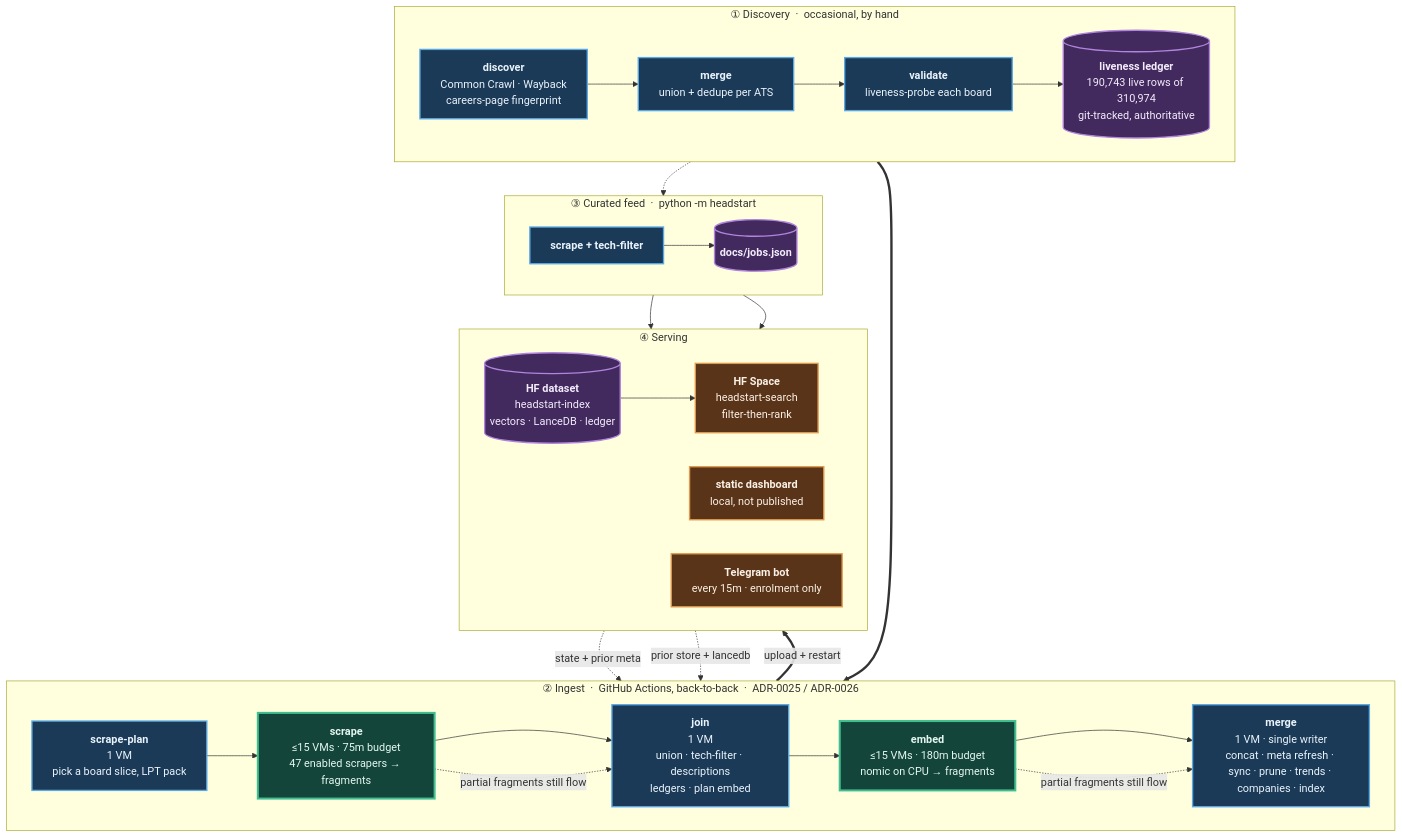
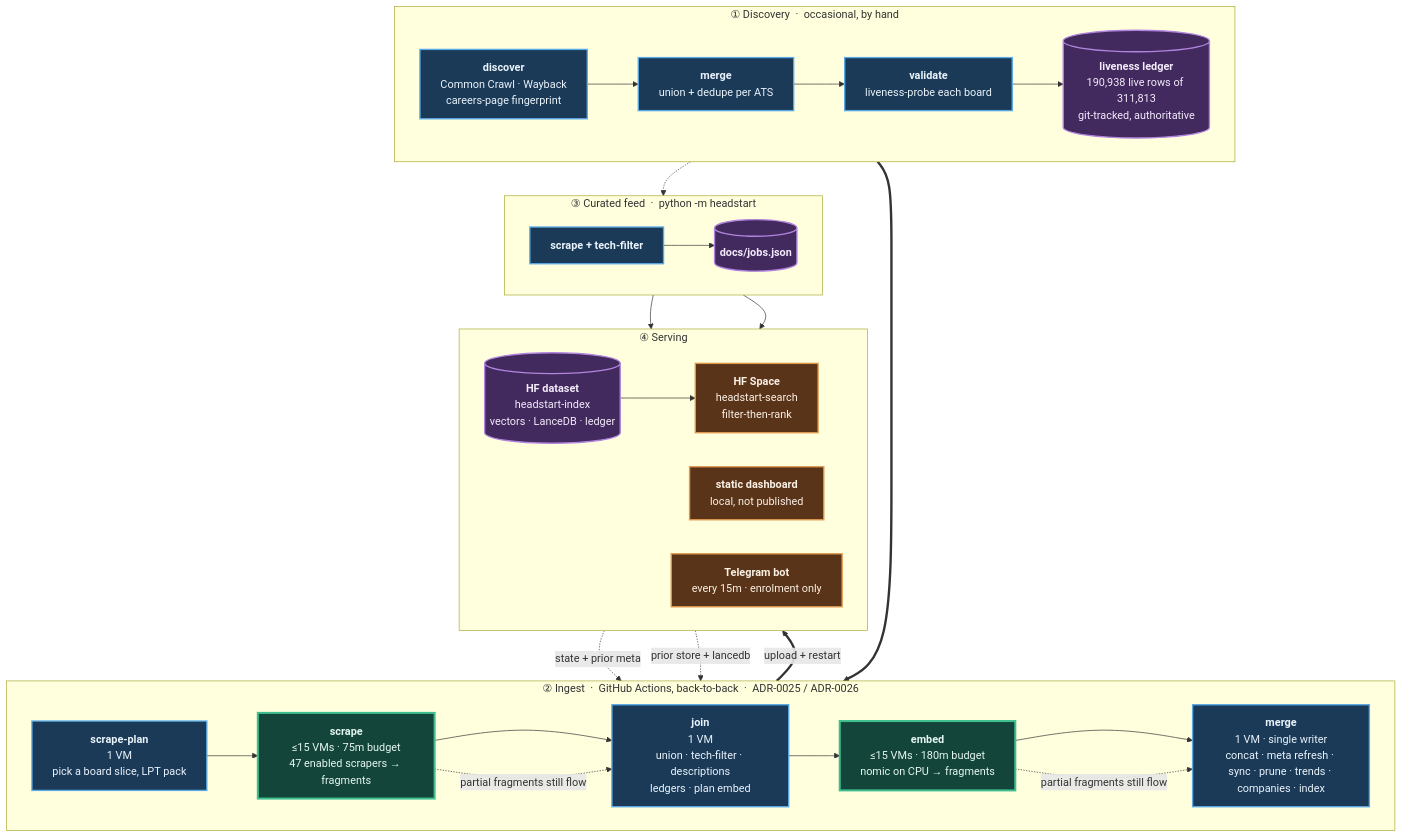
The diagram in README.md (sarthakjain004/headstart), drawn with Mermaid before and after one commit. The commit also changed other lines of this file and 4 other files, not shown here.

First line of the commit message:
Add the Avature liveness probe and a partial ledger (839 of 1,010 labels) (#753)

````diff
--- a/README.md
+++ b/README.md
@@ -180,56 +180,56 @@
 ```mermaid
 flowchart TB
     subgraph D["① Discovery &nbsp;·&nbsp; occasional, by hand"]
         direction LR
         D1["<b>discover</b><br/>Common Crawl · Wayback<br/>careers-page fingerprint"]
         D2["<b>merge</b><br/>union + dedupe per ATS"]
         D3["<b>validate</b><br/>liveness-probe each board"]
-        D4[("<b>liveness ledger</b><br/>190,743 live rows of 310,974<br/>git-tracked, authoritative")]
+        D4[("<b>liveness ledger</b><br/>190,938 live rows of 311,813<br/>git-tracked, authoritative")]
         D1 --> D2 --> D3 --> D4
     end
 
     subgraph P["② Ingest &nbsp;·&nbsp; GitHub Actions, back-to-back &nbsp;·&nbsp; ADR-0025 / ADR-0026"]
         direction LR
         P1["<b>scrape-plan</b><br/>1 VM<br/>pick a board slice, LPT pack"]
         P2["<b>scrape</b><br/>≤15 VMs · 75m budget<br/>47 enabled scrapers → fragments"]
         P3["<b>join</b><br/>1 VM<br/>union · tech-filter · descriptions<br/>ledgers · plan embed"]
         P4["<b>embed</b><br/>≤15 VMs · 180m budget<br/>nomic on CPU → fragments"]
         P5["<b>merge</b><br/>1 VM · single writer<br/>concat · meta refresh · sync · prune · trends · companies · index"]
         P1 --> P2 --> P3 --> P4 --> P5
     end
 
     subgraph F["③ Curated feed &nbsp;·&nbsp; python -m headstart"]
         direction LR
         F1["<b>scrape + tech-filter</b>"]
         F2[("<b>docs/jobs.json</b>")]
         F1 --> F2
     end
 
     subgraph S["④ Serving"]
         direction LR
         S1[("<b>HF dataset</b><br/>headstart-index<br/>vectors · LanceDB · ledger")]
         S2["<b>HF Space</b><br/>headstart-search<br/>filter-then-rank"]
         S3["<b>static dashboard</b><br/>local, not published"]
         S4["<b>Telegram bot</b><br/>every 15m · enrolment only"]
         S1 --> S2
     end
 
     D4 ==> P1
     S1 -. "state + prior meta" .-> P1
     S1 -. "prior store + lancedb" .-> P5
     D4 -.-> F1
     P5 ==>|"upload + restart"| S1
     F2 --> S3
     F2 --> S4
     P2 -. "partial fragments still flow" .-> P3
     P4 -. "partial fragments still flow" .-> P5
 
     classDef serial fill:#1b3a57,stroke:#5aa9e6,stroke-width:2px,color:#eaf4fc
     classDef fan fill:#14453a,stroke:#3fbf8f,stroke-width:3px,color:#e4f7f0
     classDef store fill:#42295e,stroke:#b184dd,stroke-width:2px,color:#f4ecfc
     classDef serve fill:#5a3418,stroke:#e09a4f,stroke-width:2px,color:#fbf1e6
     class D1,D2,D3,P1,P3,P5,F1 serial
     class P2,P4 fan
     class D4,F2,S1 store
     class S2,S3,S4 serve
 ```
````
